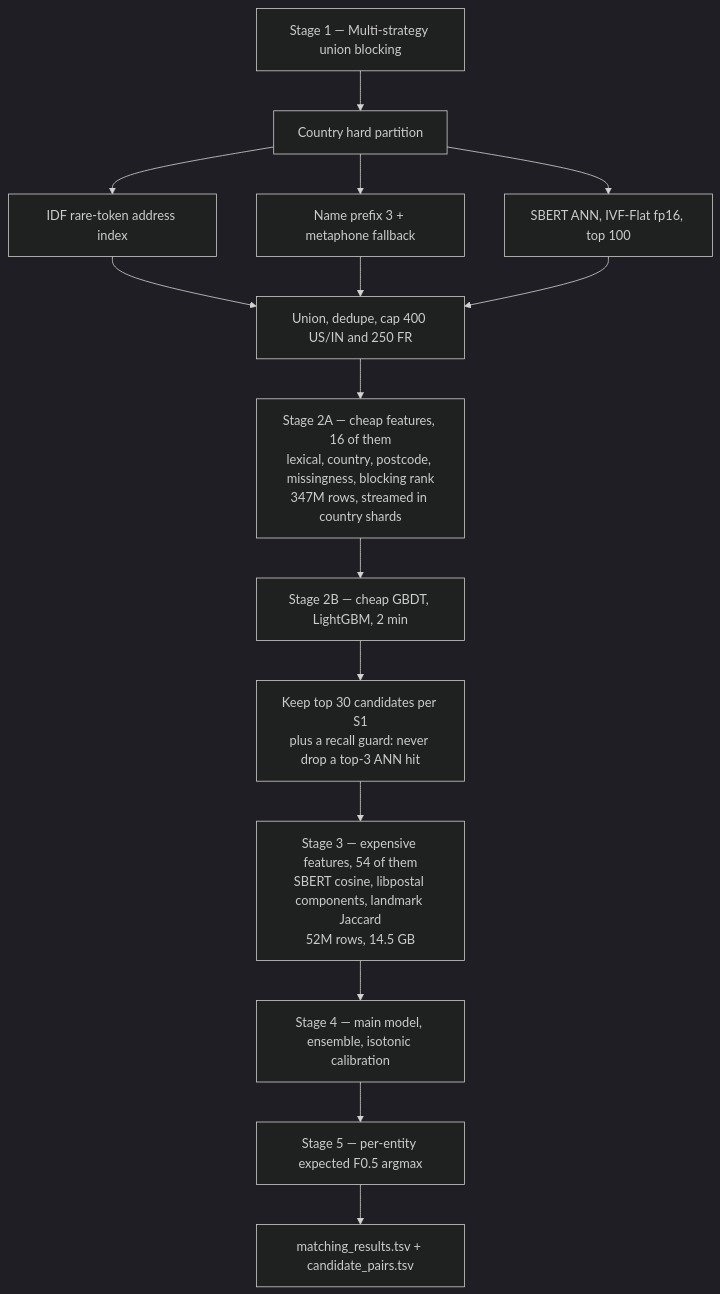
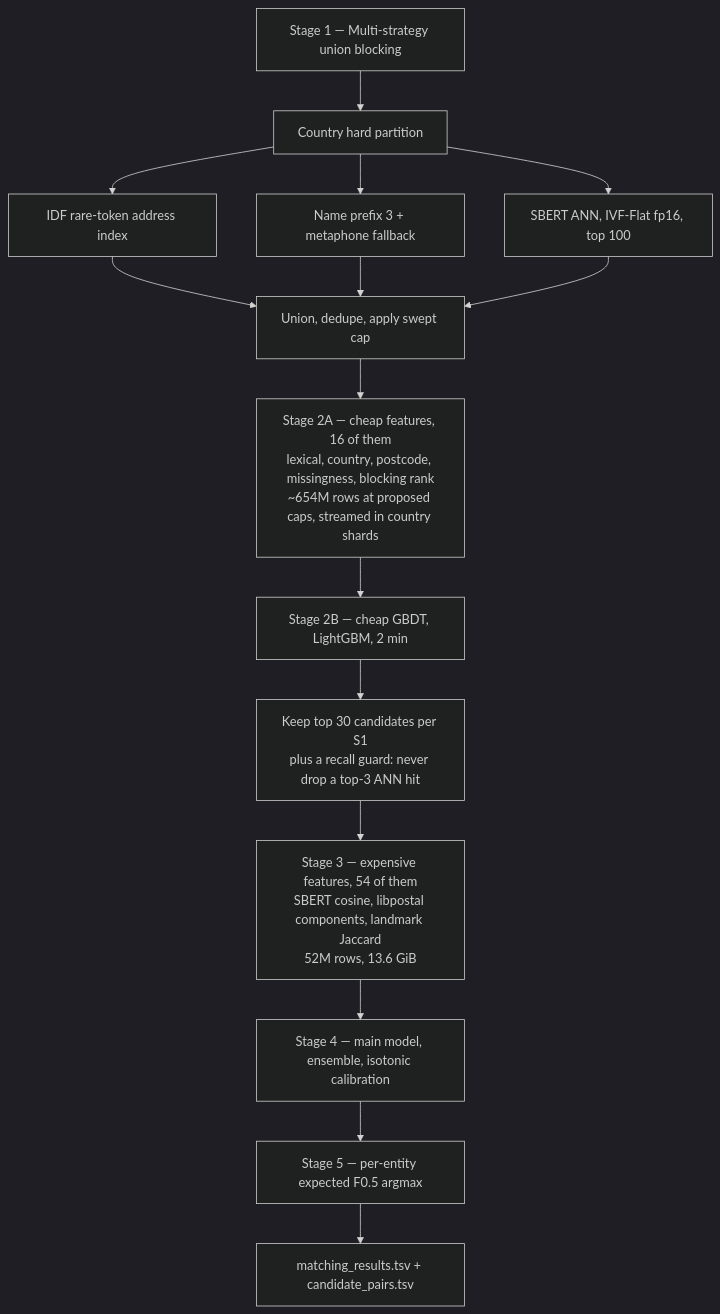
The fifth of 7 diagrams in suggestion.md (SoulBreaker9/Team-Diamond), drawn with Mermaid (dark theme) before and after one commit. The commit also changed other lines of this file and 30 other files, not shown here.

````diff
--- a/suggestion.md
+++ b/suggestion.md
@@ -270,17 +538,17 @@
 ```mermaid
 flowchart TD
     A["Stage 1 — Multi-strategy union blocking"] --> A1["Country hard partition"]
     A1 --> A2["IDF rare-token address index"]
     A1 --> A3["Name prefix 3 + metaphone fallback"]
     A1 --> A4["SBERT ANN, IVF-Flat fp16, top 100"]
-    A2 --> B["Union, dedupe, cap 400 US/IN and 250 FR"]
+    A2 --> B["Union, dedupe, apply swept cap"]
     A3 --> B
     A4 --> B
-    B --> C["Stage 2A — cheap features, 16 of them<br/>lexical, country, postcode, missingness, blocking rank<br/>347M rows, streamed in country shards"]
+    B --> C["Stage 2A — cheap features, 16 of them<br/>lexical, country, postcode, missingness, blocking rank<br/>~654M rows at proposed caps, streamed in country shards"]
     C --> D["Stage 2B — cheap GBDT, LightGBM, 2 min"]
     D --> E["Keep top 30 candidates per S1<br/>plus a recall guard: never drop a top-3 ANN hit"]
-    E --> F["Stage 3 — expensive features, 54 of them<br/>SBERT cosine, libpostal components, landmark Jaccard<br/>52M rows, 14.5 GB"]
+    E --> F["Stage 3 — expensive features, 54 of them<br/>SBERT cosine, libpostal components, landmark Jaccard<br/>52M rows, 13.6 GiB"]
     F --> G["Stage 4 — main model, ensemble, isotonic calibration"]
     G --> H["Stage 5 — per-entity expected F0.5 argmax"]
     H --> I["matching_results.tsv + candidate_pairs.tsv"]
 ```
````
